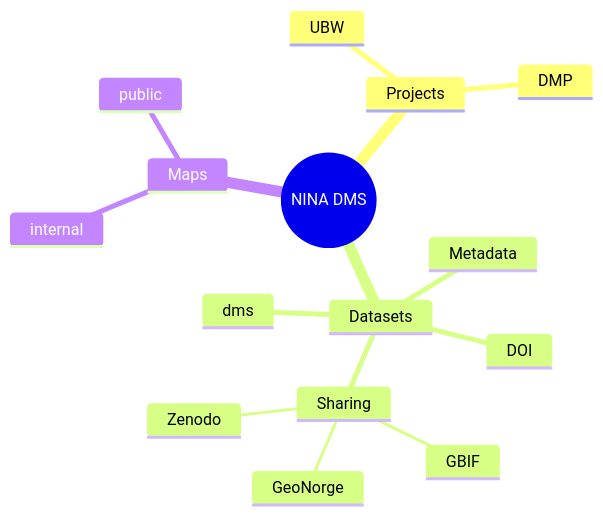
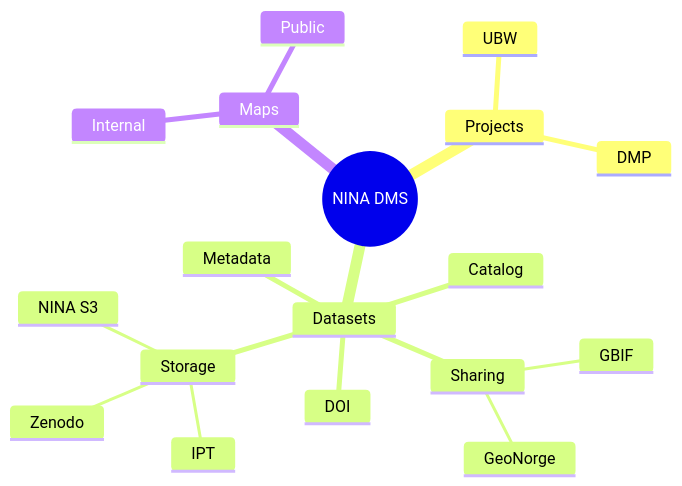
Before and after one commit to NINAnor/dms: the diagram in README.md, drawn with Mermaid.

Commit message:
chg: update map

````diff
--- a/README.md
+++ b/README.md
@@ -17,18 +17,21 @@
 ```mermaid
 mindmap
   root((NINA DMS))
     Projects
       UBW
       DMP
     Datasets
-      dms
+      Catalog
       Metadata
       DOI
       Sharing
         GBIF
         GeoNorge
+      Storage
         Zenodo
+        IPT
+        NINA S3
     Maps
-        internal
-        public
+        Internal
+        Public
 ```
````
